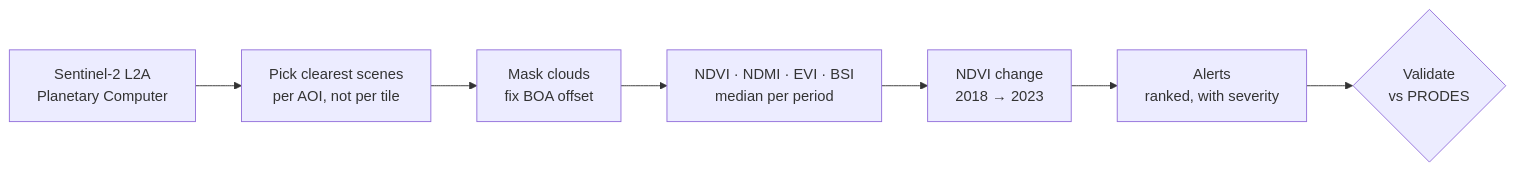
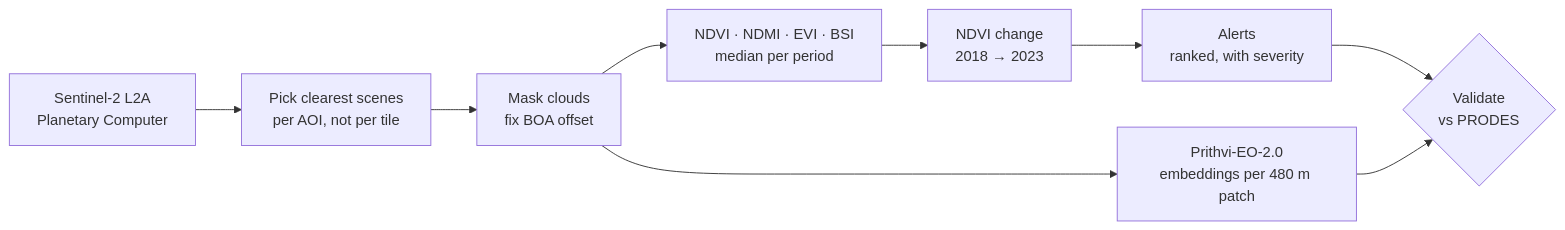
The diagram in README.md (AngelicaIseni/Deforestation-Detection), drawn with Mermaid before and after one commit. The commit also changed other lines of this file, not shown here.

````diff
--- a/README.md
+++ b/README.md
@@ -41,9 +41,11 @@
 ```mermaid
 flowchart LR
     A[Sentinel-2 L2A<br/>Planetary Computer] --> B[Pick clearest scenes<br/>per AOI, not per tile]
     B --> C[Mask clouds<br/>fix BOA offset]
     C --> D[NDVI · NDMI · EVI · BSI<br/>median per period]
     D --> E[NDVI change<br/>2018 → 2023]
     E --> F[Alerts<br/>ranked, with severity]
     F --> G{Validate<br/>vs PRODES}
+    C --> P[Prithvi-EO-2.0<br/>embeddings per 480 m patch]
+    P --> G
 ```
````
